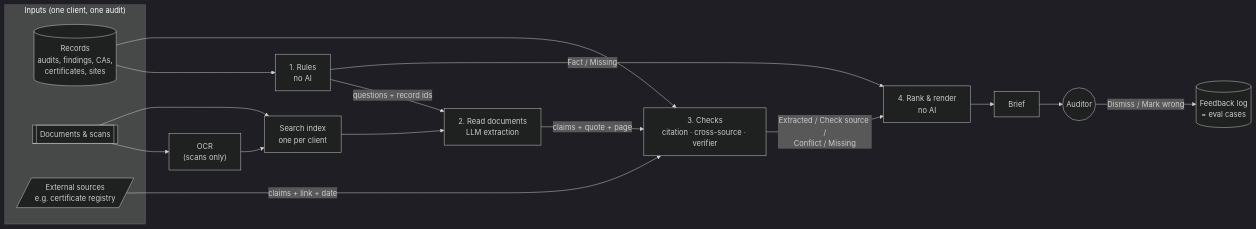
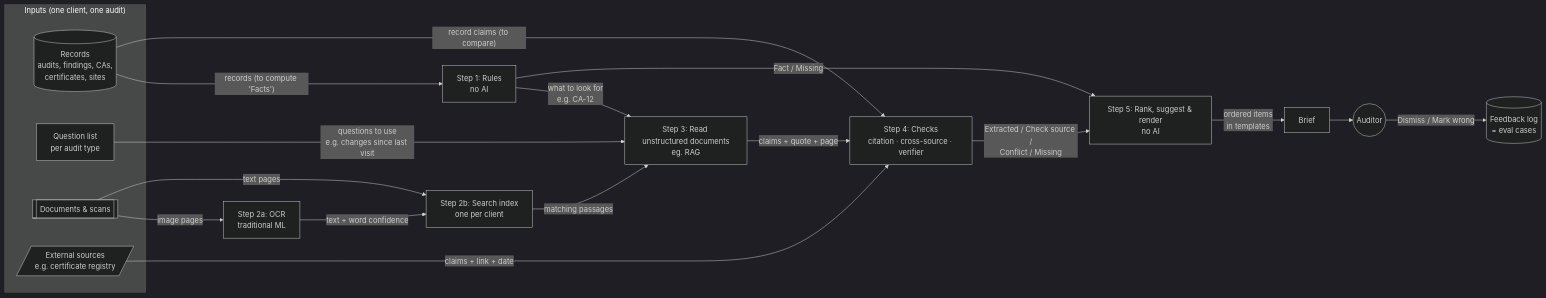
Before and after one commit to shashankag14/audit-prep-assistant: the diagram in docs/03-ai-system-design.md, drawn with Mermaid (dark theme). The commit also changed other lines of this file, not shown here.

Commit message:
docs(ai-system-design): add question list input, number pipeline steps, and add suggestions to ranking

````diff
--- a/docs/03-ai-system-design.md
+++ b/docs/03-ai-system-design.md
@@ -14,22 +14,29 @@
 ```mermaid
 flowchart LR
     subgraph IN["Inputs (one client, one audit)"]
         REC[("Records<br/>audits, findings, CAs,<br/>certificates, sites")]
+        QL["Question list<br/>per audit type"]
         DOC[["Documents & scans"]]
         EXT[/"External sources<br/>e.g. certificate registry"/]
     end
-    REC --> RULES["1. Rules<br/>no AI"]
-    DOC --> OCR["OCR<br/>(scans only)"]
-    OCR --> IDX["Search index<br/>one per client"]
-    DOC --> IDX
-    RULES -->|"questions + record ids"| READ["2. Read documents<br/>LLM extraction"]
-    IDX --> READ
-    READ -->|"claims + quote + page"| CHK["3. Checks<br/>citation · cross-source · verifier"]
+
+    REC -->|"records (to compute 'Facts')"| RULES["Step 1: Rules<br/>no AI"]
+    DOC -->|"image pages"| OCR["Step 2a: OCR<br/>traditional ML"]
+    DOC -->|"text pages"| IDX["Step 2b: Search index<br/>one per client"]
+    OCR -->|"text + word confidence"| IDX
+
+    RULES -->|"what to look for<br/>e.g. CA-12"| READ["Step 3: Read unstructured documents<br/>eg. RAG"]
+    QL -->|"questions to use<br/>e.g. changes since last visit"| READ
+    IDX -->|"matching passages"| READ
+
+    READ -->|"claims + quote + page"| CHK["Step 4: Checks<br/>citation · cross-source · verifier"]
     EXT -->|"claims + link + date"| CHK
-    REC --> CHK
-    RULES -->|"Fact / Missing"| RANK["4. Rank & render<br/>no AI"]
+    REC -->|"record claims (to compare)"| CHK
+
+    RULES -->|"Fact / Missing"| RANK["Step 5: Rank, suggest & render<br/>no AI"]
     CHK -->|"Extracted / Check source /<br/>Conflict / Missing"| RANK
-    RANK --> BRIEF["Brief"]
+
+    RANK -->|"ordered items<br/>in templates"| BRIEF["Brief"]
     BRIEF --> AUD((Auditor))
     AUD -->|"Dismiss / Mark wrong"| LOG[("Feedback log<br/>= eval cases")]
 ```
````
